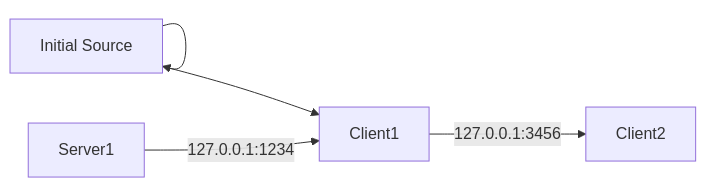
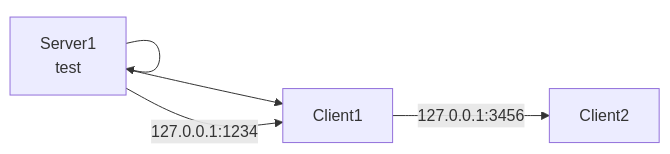
One commit to tonydong2005/ServerClientTCP changed the diagram in README.md. Above: the diagram before and after it, drawn with Mermaid.

````diff
--- a/README.md
+++ b/README.md
@@ -12,7 +12,7 @@
 ```mermaid
 graph LR;
     id[Initial Source]-->id[Server1\ntest];
     id[Initial Source]-->Client1;
-    Server1-->|127.0.0.1:1234|Client1;
+    id[Server1\ntest]-->|127.0.0.1:1234|Client1;
     Client1-->|127.0.0.1:3456|Client2;
 ```
````
